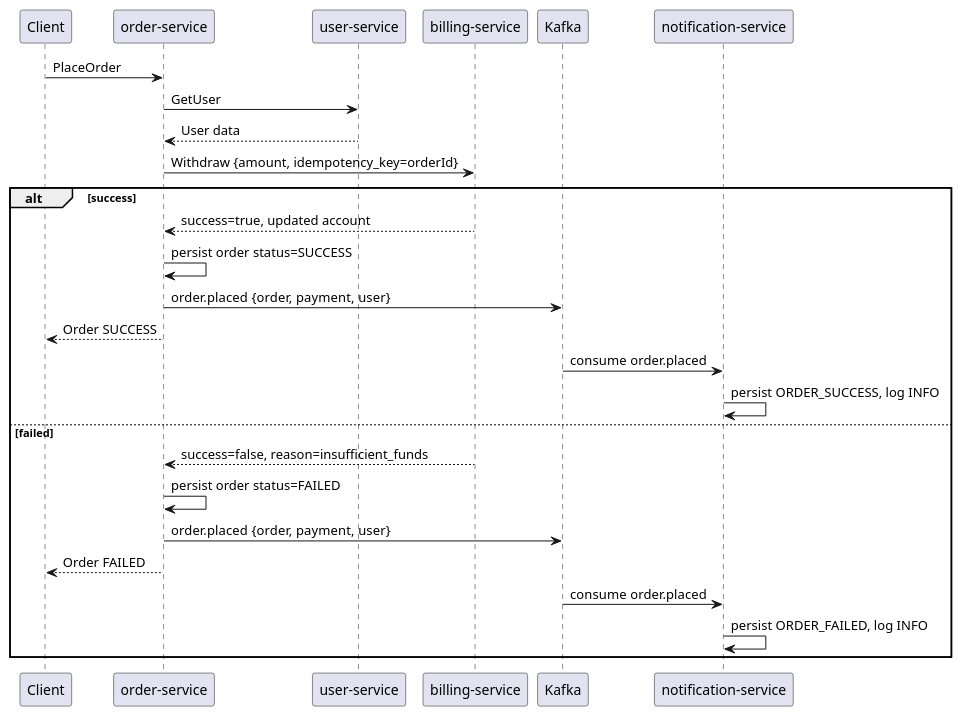
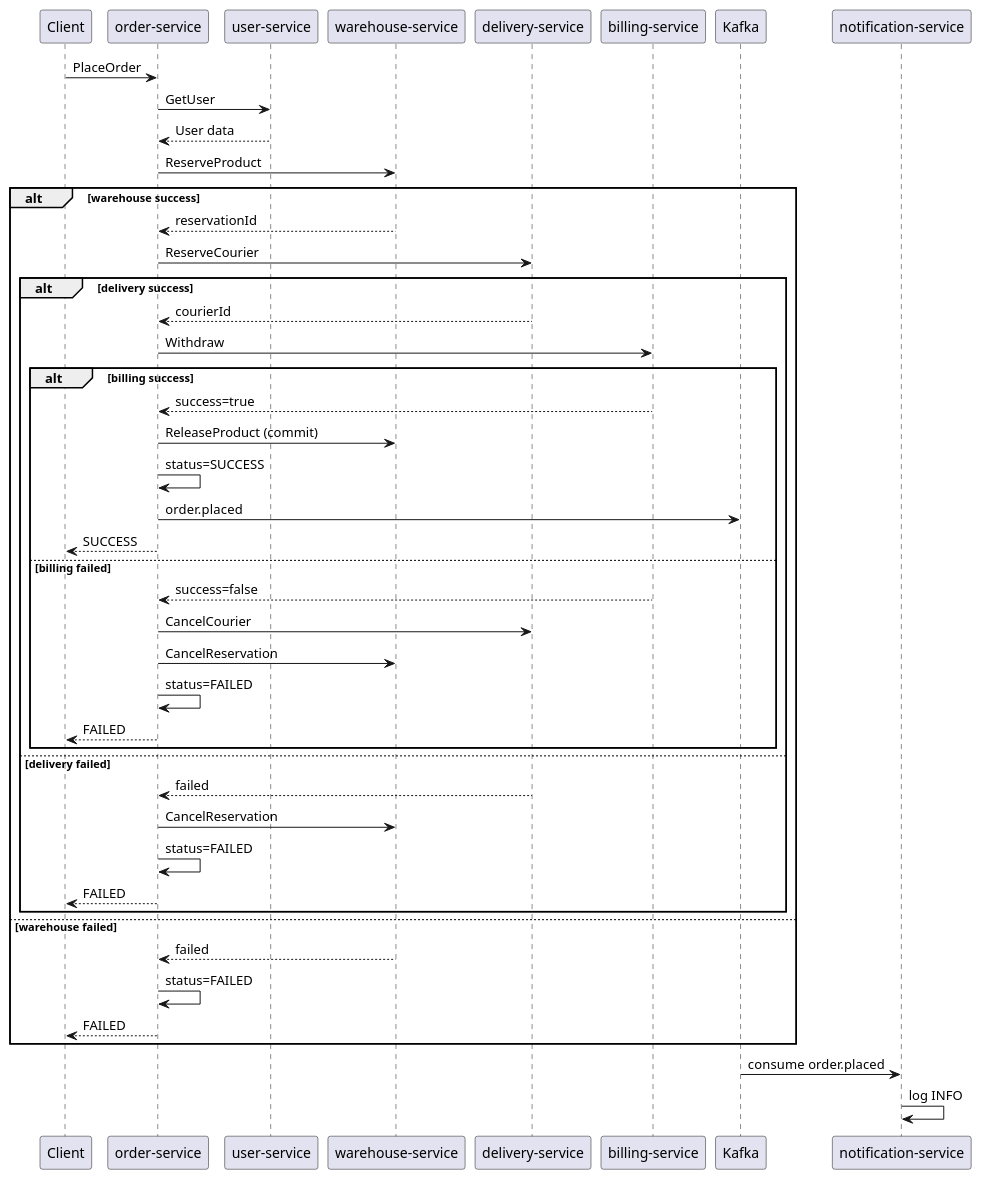
Before and after one commit to Romasmi/s-shop-microservices: the diagram in docs/puml/place-order.puml, drawn with PlantUML.

Commit message:
HW8: Add place order saga to puml.

```diff
--- a/docs/puml/place-order.puml
+++ b/docs/puml/place-order.puml
@@ -1,29 +1,49 @@
 @startuml
 participant Client
 participant "order-service" as OS
 participant "user-service" as US
+participant "warehouse-service" as WS
+participant "delivery-service" as DS
 participant "billing-service" as BS
 participant Kafka
 participant "notification-service" as NS
 
 Client -> OS: PlaceOrder
 OS -> US: GetUser
 US --> OS: User data
-OS -> BS: Withdraw {amount, idempotency_key=orderId}
 
-alt success
-  BS --> OS: success=true, updated account
-  OS -> OS: persist order status=SUCCESS
-  OS -> Kafka: order.placed {order, payment, user}
-  OS --> Client: Order SUCCESS
-  Kafka -> NS: consume order.placed
-  NS -> NS: persist ORDER_SUCCESS, log INFO
-else failed
-  BS --> OS: success=false, reason=insufficient_funds
-  OS -> OS: persist order status=FAILED
-  OS -> Kafka: order.placed {order, payment, user}
-  OS --> Client: Order FAILED
-  Kafka -> NS: consume order.placed
-  NS -> NS: persist ORDER_FAILED, log INFO
+OS -> WS: ReserveProduct
+alt warehouse success
+    WS --> OS: reservationId
+    OS -> DS: ReserveCourier
+    alt delivery success
+        DS --> OS: courierId
+        OS -> BS: Withdraw
+        alt billing success
+            BS --> OS: success=true
+            OS -> WS: ReleaseProduct (commit)
+            OS -> OS: status=SUCCESS
+            OS -> Kafka: order.placed
+            OS --> Client: SUCCESS
+        else billing failed
+            BS --> OS: success=false
+            OS -> DS: CancelCourier
+            OS -> WS: CancelReservation
+            OS -> OS: status=FAILED
+            OS --> Client: FAILED
+        end
+    else delivery failed
+        DS --> OS: failed
+        OS -> WS: CancelReservation
+        OS -> OS: status=FAILED
+        OS --> Client: FAILED
+    end
+else warehouse failed
+    WS --> OS: failed
+    OS -> OS: status=FAILED
+    OS --> Client: FAILED
 end
+
+Kafka -> NS: consume order.placed
+NS -> NS: log INFO
 @enduml
```
